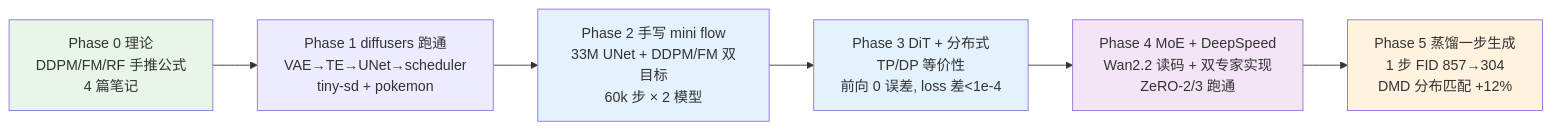
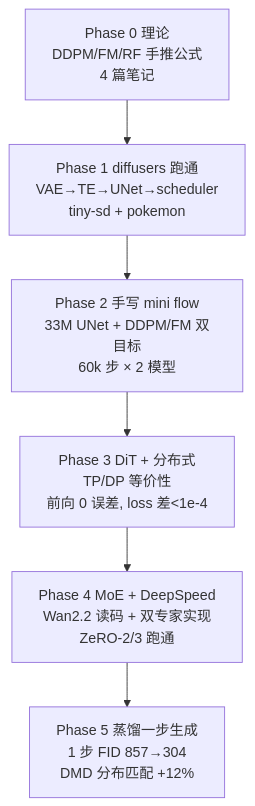
The second of 2 diagrams in docs/evolution.md (Zhang-Wen-chao/mini-diffusion), drawn with Mermaid before and after one commit. The commit also changed other lines of this file, not shown here.

Commit message:
docs: evolution.md mermaid 图去颜色、项目演进图改竖向

````diff
--- a/docs/evolution.md
+++ b/docs/evolution.md
@@ -84,15 +75,9 @@
 ```mermaid
-flowchart LR
+flowchart TB
     P0[Phase 0 理论<br/>DDPM/FM/RF 手推公式<br/>4 篇笔记] --> P1
     P1[Phase 1 diffusers 跑通<br/>VAE→TE→UNet→scheduler<br/>tiny-sd + pokemon] --> P2
     P2[Phase 2 手写 mini flow<br/>33M UNet + DDPM/FM 双目标<br/>60k 步 × 2 模型] --> P3
     P3[Phase 3 DiT + 分布式<br/>TP/DP 等价性<br/>前向 0 误差, loss 差<1e-4] --> P4
     P4[Phase 4 MoE + DeepSpeed<br/>Wan2.2 读码 + 双专家实现<br/>ZeRO-2/3 跑通] --> P5
     P5[Phase 5 蒸馏一步生成<br/>1 步 FID 857→304<br/>DMD 分布匹配 +12%]
-
-    style P0 fill:#e8f5e9
-    style P2 fill:#e3f2fd
-    style P3 fill:#e3f2fd
-    style P4 fill:#f3e5f5
-    style P5 fill:#fff3e0
 ```
````
